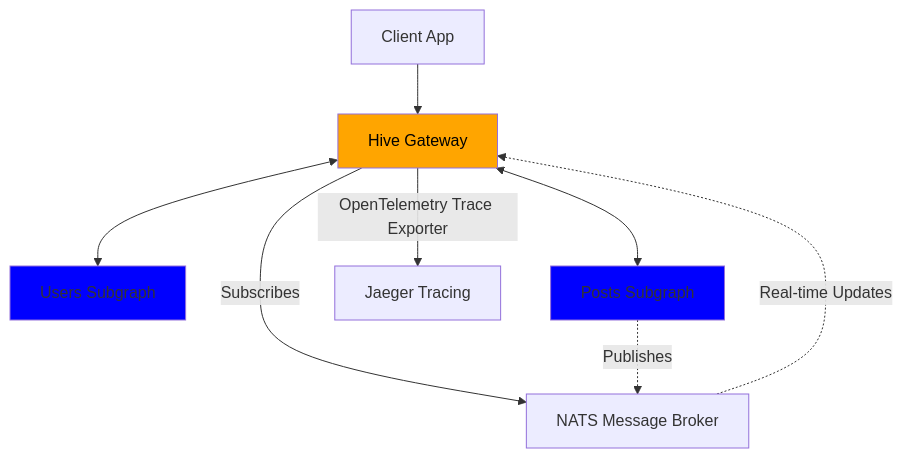
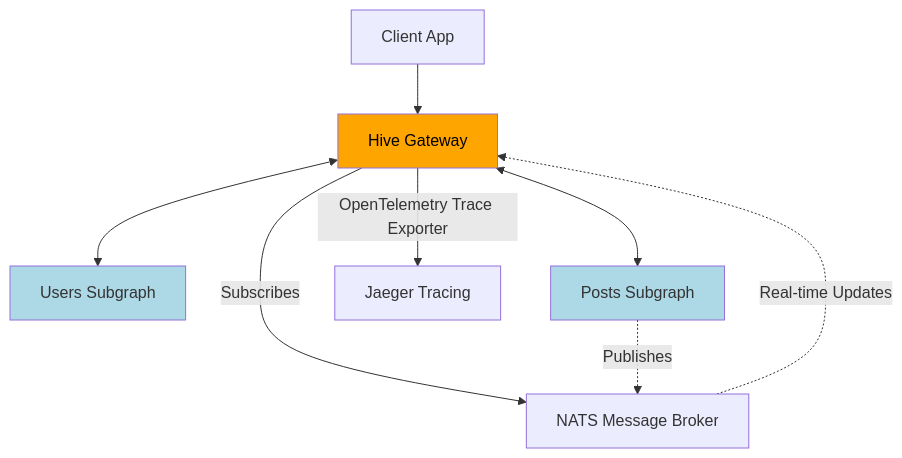
The first of 5 diagrams in presenter/slides.md (graphql-hive/graphql-conf-2025-gateway-workshop), drawn with Mermaid before and after one commit. The commit also changed other lines of this file and 18 other files, not shown here.

````diff
--- a/presenter/slides.md
+++ b/presenter/slides.md
@@ -356,16 +356,16 @@
 ```mermaid
 graph TB
     Client[Client App] --> Gateway[Hive Gateway]
     Gateway <--> Users[Users Subgraph]
     Gateway <--> Posts[Posts Subgraph]
 
     Gateway -->|OpenTelemetry Trace Exporter| Jaeger[Jaeger Tracing]
 
     Gateway -->|Subscribes| NATS[NATS Message Broker]
     NATS -.->|Real-time Updates| Gateway
     Posts -.->|Publishes| NATS
 
     style Gateway fill:orange,color:black
-    style Users fill:blue
-    style Posts fill:blue
+    style Users fill:lightblue
+    style Posts fill:lightblue
 ```
````
